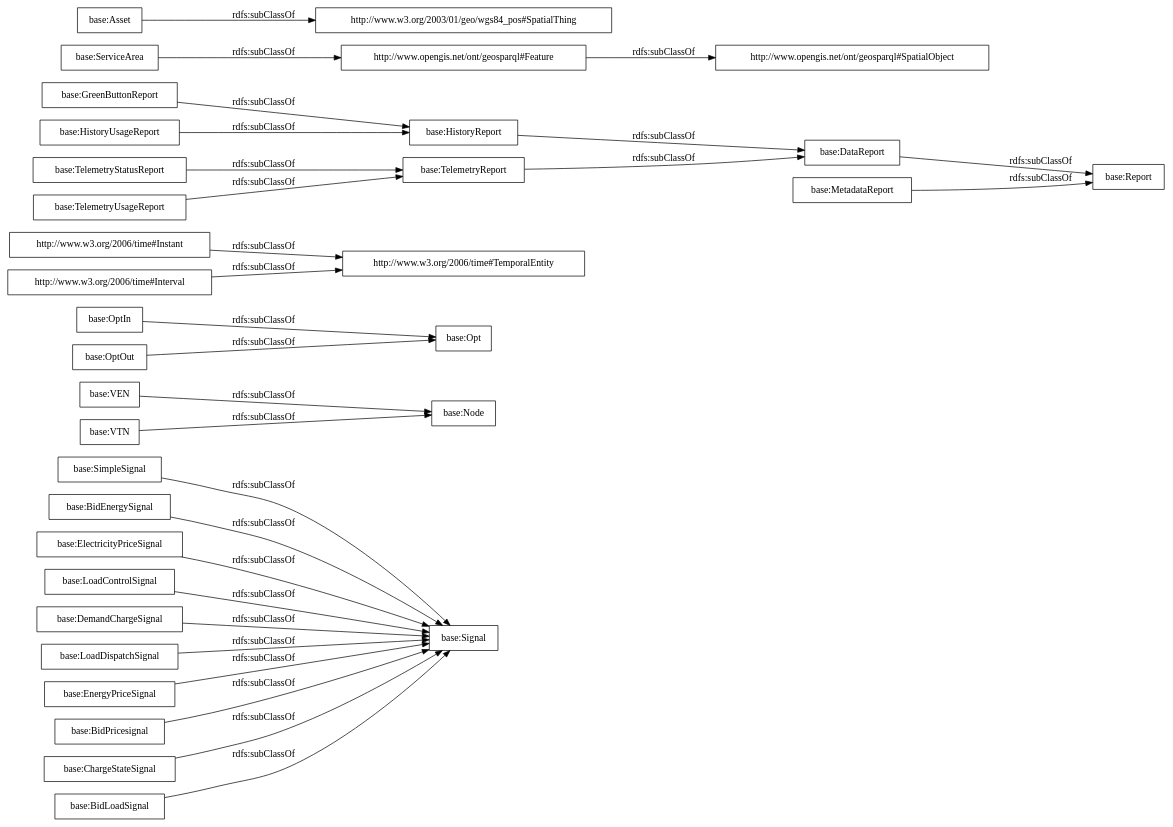
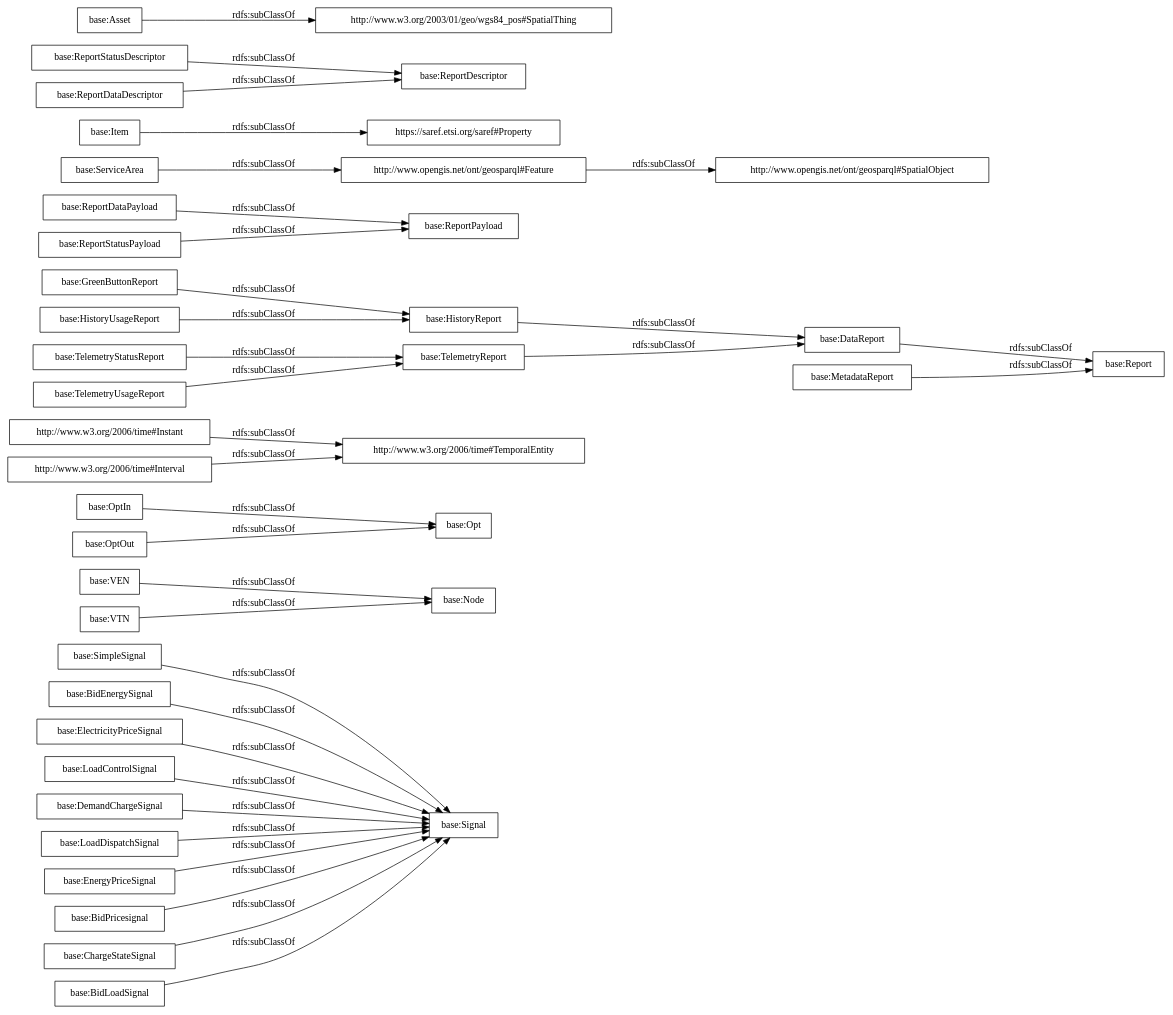
One commit to albaizq/OpenADRontology changed the diagram in OnToology/ontology/openADRontology.owl/diagrams/ar2dtool-taxonomy/openADRontology.owl.png.dot. Above: the diagram before and after it, drawn with Graphviz. The commit also changed 12 other files, not shown here.

```diff
--- a/OnToology/ontology/openADRontology.owl/diagrams/ar2dtool-taxonomy/openADRontology.owl.png.dot
+++ b/OnToology/ontology/openADRontology.owl/diagrams/ar2dtool-taxonomy/openADRontology.owl.png.dot
@@ -1,33 +1,38 @@
 digraph ar2dtool_diagram { 
 rankdir=LR;
 size="1000"
-node [shape = rectangle, color="black"]; "base:SimpleSignal" "base:VEN" "base:Signal" "base:Opt" "http://www.w3.org/2006/time#Instant" "base:GreenButtonReport" "base:DataReport" "base:TelemetryUsageReport" "base:BidEnergySignal" "base:ElectricityPriceSignal" "base:LoadControlSignal" "base:ServiceArea" "base:HistoryReport" "base:DemandChargeSignal" "base:OptIn" "base:LoadDispatchSignal" "base:OptOut" "base:Node" "base:EnergyPriceSignal" "base:VTN" "base:TelemetryStatusReport" "http://www.w3.org/2003/01/geo/wgs84_pos#SpatialThing" "base:Asset" "http://www.opengis.net/ont/geosparql#SpatialObject" "base:BidPricesignal" "http://www.w3.org/2006/time#Interval" "base:ChargeStateSignal" "http://www.w3.org/2006/time#TemporalEntity" "base:TelemetryReport" "base:BidLoadSignal" "http://www.opengis.net/ont/geosparql#Feature" "base:MetadataReport" "base:HistoryUsageReport" "base:Report" ; /*classes style*/
+node [shape = rectangle, color="black"]; "base:SimpleSignal" "base:VEN" "base:Signal" "base:Opt" "http://www.w3.org/2006/time#Instant" "base:GreenButtonReport" "base:DataReport" "base:TelemetryUsageReport" "base:ReportDataPayload" "base:BidEnergySignal" "base:ReportStatusPayload" "base:ElectricityPriceSignal" "base:LoadControlSignal" "base:ServiceArea" "base:Item" "base:HistoryReport" "base:DemandChargeSignal" "base:ReportDescriptor" "base:ReportStatusDescriptor" "base:OptIn" "base:LoadDispatchSignal" "base:OptOut" "base:Node" "base:EnergyPriceSignal" "base:VTN" "base:TelemetryStatusReport" "http://www.w3.org/2003/01/geo/wgs84_pos#SpatialThing" "base:Asset" "https://saref.etsi.org/saref#Property" "http://www.opengis.net/ont/geosparql#SpatialObject" "base:BidPricesignal" "http://www.w3.org/2006/time#Interval" "base:ChargeStateSignal" "http://www.w3.org/2006/time#TemporalEntity" "base:TelemetryReport" "base:BidLoadSignal" "http://www.opengis.net/ont/geosparql#Feature" "base:ReportDataDescriptor" "base:ReportPayload" "base:MetadataReport" "base:HistoryUsageReport" "base:Report" ; /*classes style*/
 	"base:HistoryUsageReport" -> "base:HistoryReport" [ label = "rdfs:subClassOf" ];
 	"http://www.w3.org/2006/time#Instant" -> "http://www.w3.org/2006/time#TemporalEntity" [ label = "rdfs:subClassOf" ];
 	"base:MetadataReport" -> "base:Report" [ label = "rdfs:subClassOf" ];
 	"base:ElectricityPriceSignal" -> "base:Signal" [ label = "rdfs:subClassOf" ];
 	"base:LoadDispatchSignal" -> "base:Signal" [ label = "rdfs:subClassOf" ];
 	"http://www.opengis.net/ont/geosparql#Feature" -> "http://www.opengis.net/ont/geosparql#SpatialObject" [ label = "rdfs:subClassOf" ];
 	"base:DataReport" -> "base:Report" [ label = "rdfs:subClassOf" ];
 	"base:HistoryReport" -> "base:DataReport" [ label = "rdfs:subClassOf" ];
+	"base:ReportDataDescriptor" -> "base:ReportDescriptor" [ label = "rdfs:subClassOf" ];
 	"base:VEN" -> "base:Node" [ label = "rdfs:subClassOf" ];
 	"base:TelemetryStatusReport" -> "base:TelemetryReport" [ label = "rdfs:subClassOf" ];
+	"base:ReportStatusDescriptor" -> "base:ReportDescriptor" [ label = "rdfs:subClassOf" ];
 	"base:LoadControlSignal" -> "base:Signal" [ label = "rdfs:subClassOf" ];
 	"base:SimpleSignal" -> "base:Signal" [ label = "rdfs:subClassOf" ];
+	"base:ReportDataPayload" -> "base:ReportPayload" [ label = "rdfs:subClassOf" ];
 	"base:VTN" -> "base:Node" [ label = "rdfs:subClassOf" ];
 	"base:EnergyPriceSignal" -> "base:Signal" [ label = "rdfs:subClassOf" ];
 	"base:ChargeStateSignal" -> "base:Signal" [ label = "rdfs:subClassOf" ];
 	"base:GreenButtonReport" -> "base:HistoryReport" [ label = "rdfs:subClassOf" ];
 	"base:DemandChargeSignal" -> "base:Signal" [ label = "rdfs:subClassOf" ];
 	"base:TelemetryReport" -> "base:DataReport" [ label = "rdfs:subClassOf" ];
 	"base:ServiceArea" -> "http://www.opengis.net/ont/geosparql#Feature" [ label = "rdfs:subClassOf" ];
 	"base:BidPricesignal" -> "base:Signal" [ label = "rdfs:subClassOf" ];
 	"base:Asset" -> "http://www.w3.org/2003/01/geo/wgs84_pos#SpatialThing" [ label = "rdfs:subClassOf" ];
 	"base:BidLoadSignal" -> "base:Signal" [ label = "rdfs:subClassOf" ];
 	"http://www.w3.org/2006/time#Interval" -> "http://www.w3.org/2006/time#TemporalEntity" [ label = "rdfs:subClassOf" ];
 	"base:OptOut" -> "base:Opt" [ label = "rdfs:subClassOf" ];
+	"base:Item" -> "https://saref.etsi.org/saref#Property" [ label = "rdfs:subClassOf" ];
 	"base:TelemetryUsageReport" -> "base:TelemetryReport" [ label = "rdfs:subClassOf" ];
 	"base:OptIn" -> "base:Opt" [ label = "rdfs:subClassOf" ];
 	"base:BidEnergySignal" -> "base:Signal" [ label = "rdfs:subClassOf" ];
+	"base:ReportStatusPayload" -> "base:ReportPayload" [ label = "rdfs:subClassOf" ];
 
 }
```
